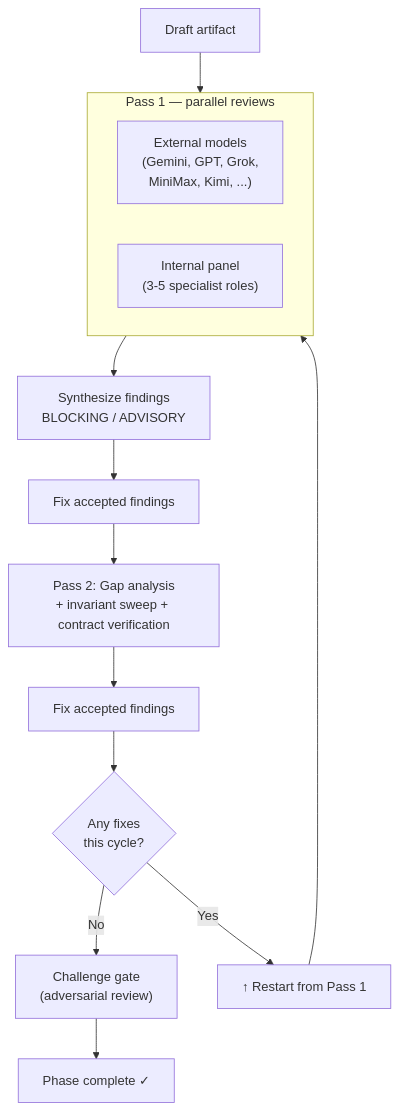
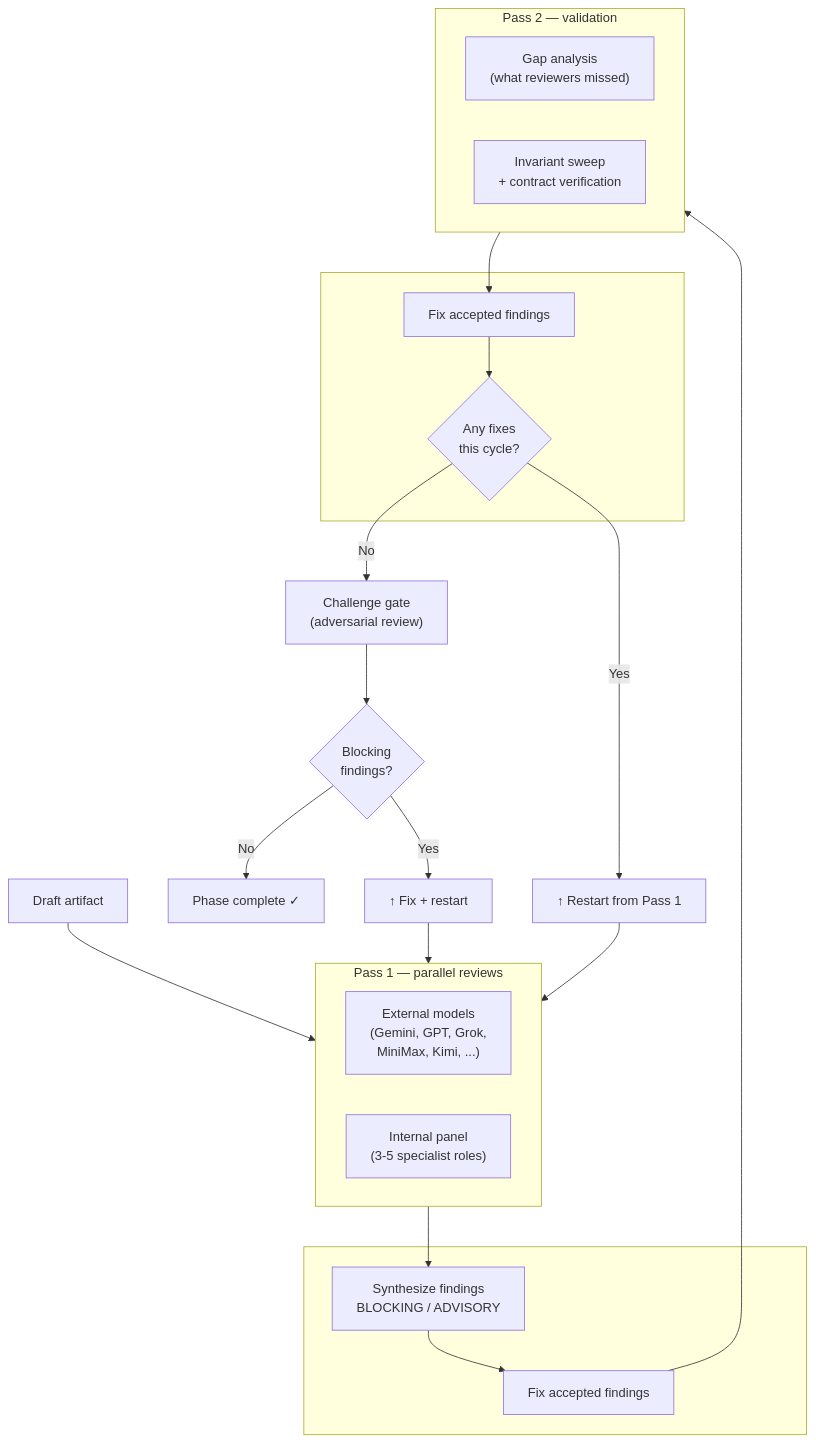
Before and after one commit to tonfield/claude-phasebook: the second of 2 diagrams in README.md, drawn with Mermaid. The commit also changed other lines of this file, not shown here.

Commit message:
docs: nest synthesis/fix inside pass boxes, add challenge gate restart
- Synthesis + fix grouped visually with their pass
- Challenge gate now shows blocking→restart path back to Pass 1
- Updated text to match diagram

````diff
--- a/README.md
+++ b/README.md
@@ -117,20 +117,40 @@
 ```mermaid
 flowchart TD
     Draft[Draft artifact] --> Pass1
 
     subgraph Pass1 [" Pass 1 — parallel reviews "]
         direction LR
         Ext["External models\n(Gemini, GPT, Grok,\nMiniMax, Kimi, ...)"]
         Int["Internal panel\n(3-5 specialist roles)"]
     end
 
-    Pass1 --> Synth[Synthesize findings\nBLOCKING / ADVISORY]
-    Synth --> Fix1[Fix accepted findings]
-    Fix1 --> Pass2["Pass 2: Gap analysis\n+ invariant sweep + contract verification"]
-    Pass2 --> Fix2[Fix accepted findings]
-    Fix2 --> Check{Any fixes\nthis cycle?}
+    subgraph s1 [" "]
+        Synth[Synthesize findings\nBLOCKING / ADVISORY]
+        Synth --> Fix1[Fix accepted findings]
+    end
+
+    Pass1 --> Synth
+
+    Fix1 --> Pass2
+
+    subgraph Pass2 [" Pass 2 — validation "]
+        direction LR
+        Gaps["Gap analysis\n(what reviewers missed)"]
+        Inv["Invariant sweep\n+ contract verification"]
+    end
+
+    subgraph s2 [" "]
+        Fix2[Fix accepted findings]
+        Fix2 --> Check{Any fixes\nthis cycle?}
+    end
+
+    Pass2 --> Fix2
+
     Check -->|No| CG["Challenge gate\n(adversarial review)"]
-    CG --> Done["Phase complete ✓"]
-    Check -->|"Yes"| Restart["↑ Restart from Pass 1"]
+    CG --> CGCheck{Blocking\nfindings?}
+    CGCheck -->|No| Done["Phase complete ✓"]
+    CGCheck -->|Yes| Restart2["↑ Fix + restart"]
+    Restart2 --> Pass1
+    Check -->|Yes| Restart["↑ Restart from Pass 1"]
     Restart --> Pass1
 ```
````
